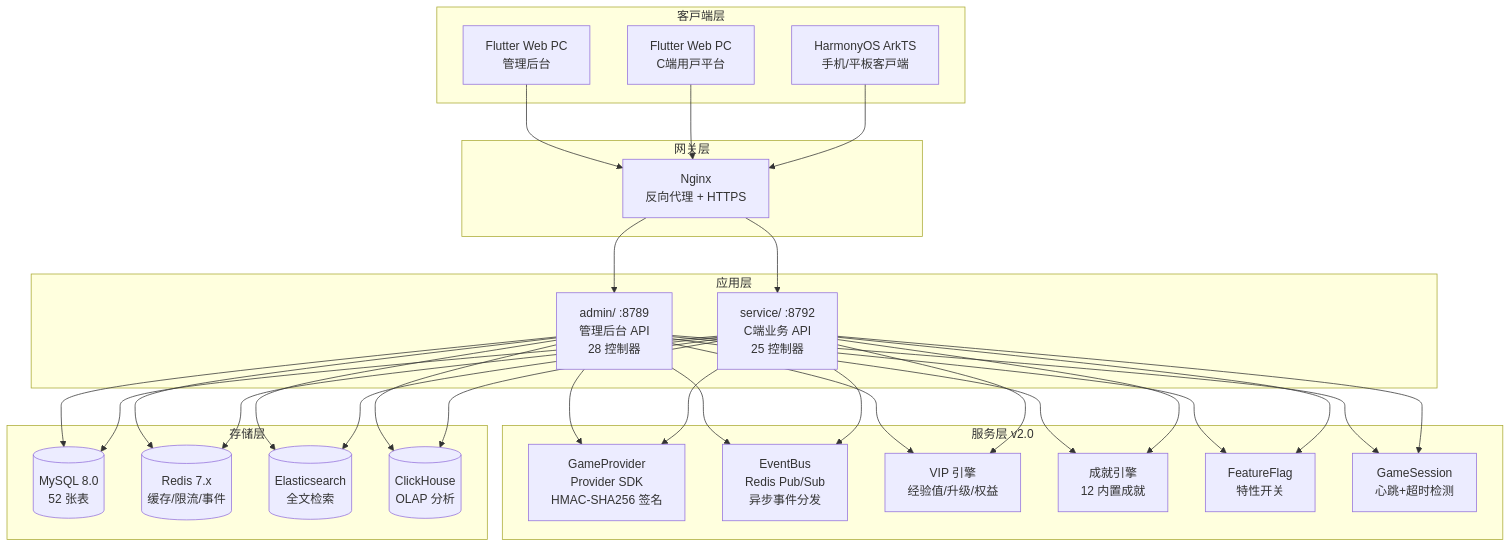
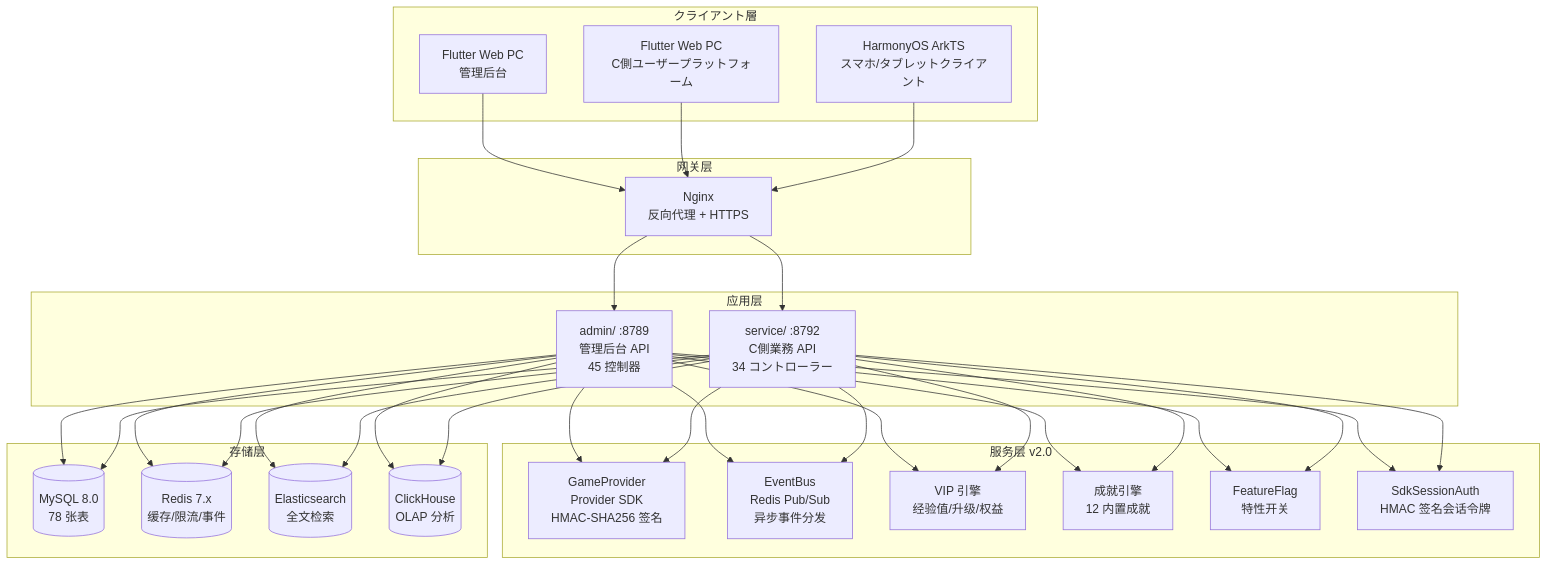
The diagram in admin/docs/diagrams/01-system-architecture.ja.md (erikwang2013/game-platform-php), drawn with Mermaid before and after one commit. The commit also changed 511 other files, not shown here.

````diff
--- a/admin/docs/diagrams/01-system-architecture.ja.md
+++ b/admin/docs/diagrams/01-system-architecture.ja.md
@@ -7,38 +7,38 @@
 ```mermaid
 flowchart TB
-    subgraph "客户端层"
+    subgraph "クライアント層"
         A1["Flutter Web PC<br/>管理后台"]
-        A2["Flutter Web PC<br/>C端用户平台"]
-        A3["HarmonyOS ArkTS<br/>手机/平板客户端"]
+        A2["Flutter Web PC<br/>C側ユーザープラットフォーム"]
+        A3["HarmonyOS ArkTS<br/>スマホ/タブレットクライアント"]
     end
 
     subgraph "网关层"
         B1["Nginx<br/>反向代理 + HTTPS"]
     end
 
     subgraph "应用层"
-        C1["admin/ :8789<br/>管理后台 API<br/>28 控制器"]
-        C2["service/ :8792<br/>C端业务 API<br/>25 控制器"]
+        C1["admin/ :8789<br/>管理后台 API<br/>45 控制器"]
+        C2["service/ :8792<br/>C側業務 API<br/>34 コントローラー"]
     end
 
     subgraph "服务层 v2.0"
         D1["GameProvider<br/>Provider SDK<br/>HMAC-SHA256 签名"]
         D2["EventBus<br/>Redis Pub/Sub<br/>异步事件分发"]
         D3["VIP 引擎<br/>经验值/升级/权益"]
         D4["成就引擎<br/>12 内置成就"]
         D5["FeatureFlag<br/>特性开关"]
-        D6["GameSession<br/>心跳+超时检测"]
+        D6["SdkSessionAuth<br/>HMAC 签名会话令牌"]
     end
 
     subgraph "存储层"
-        E1[("MySQL 8.0<br/>52 张表")]
+        E1[("MySQL 8.0<br/>78 张表")]
         E2[("Redis 7.x<br/>缓存/限流/事件")]
         E3[("Elasticsearch<br/>全文检索")]
         E4[("ClickHouse<br/>OLAP 分析")]
     end
 
     A1 & A2 & A3 --> B1
     B1 --> C1 & C2
     C1 & C2 --> D1 & D2 & D3 & D4 & D5 & D6
     C1 & C2 --> E1 & E2 & E3 & E4
 ```
````
